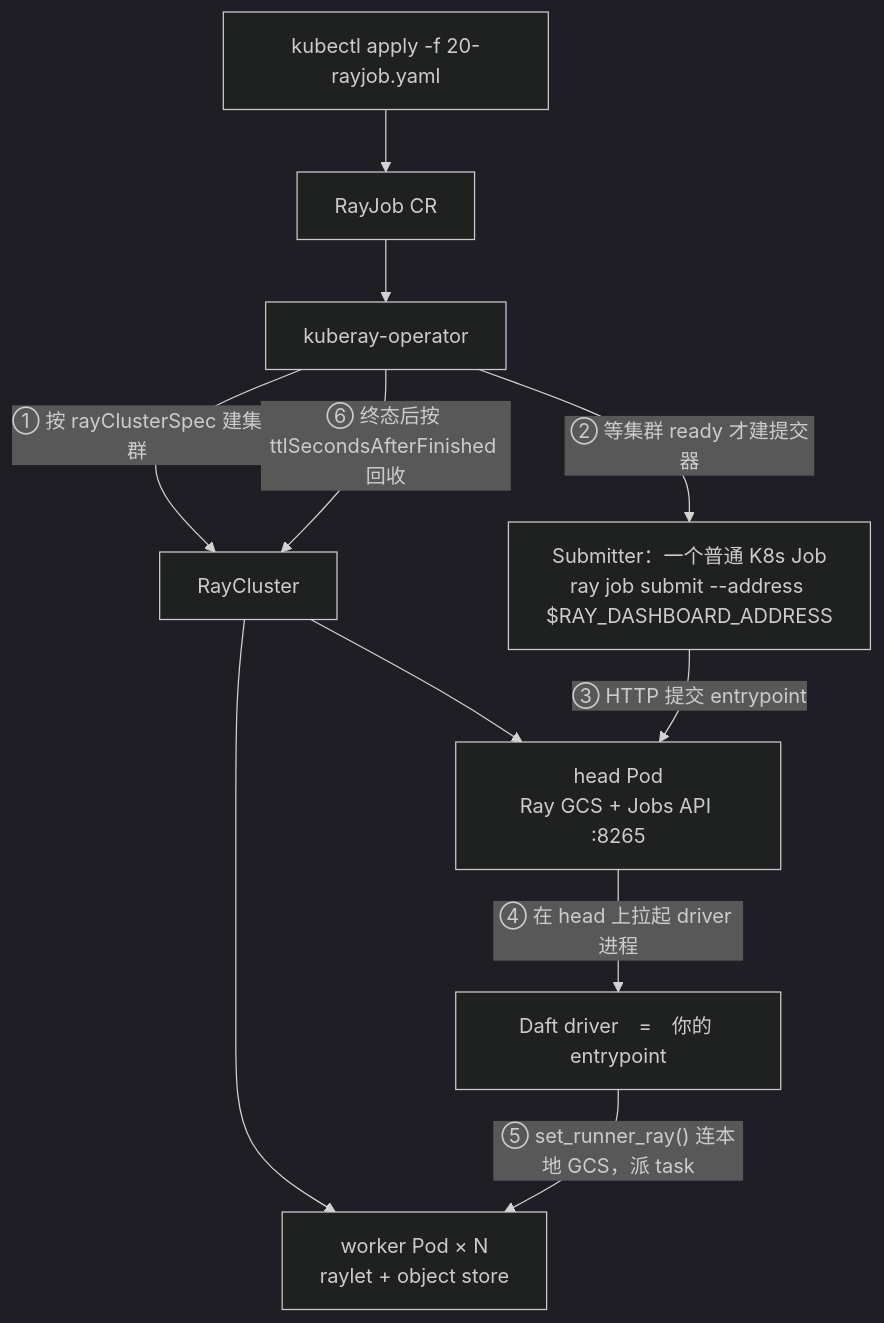
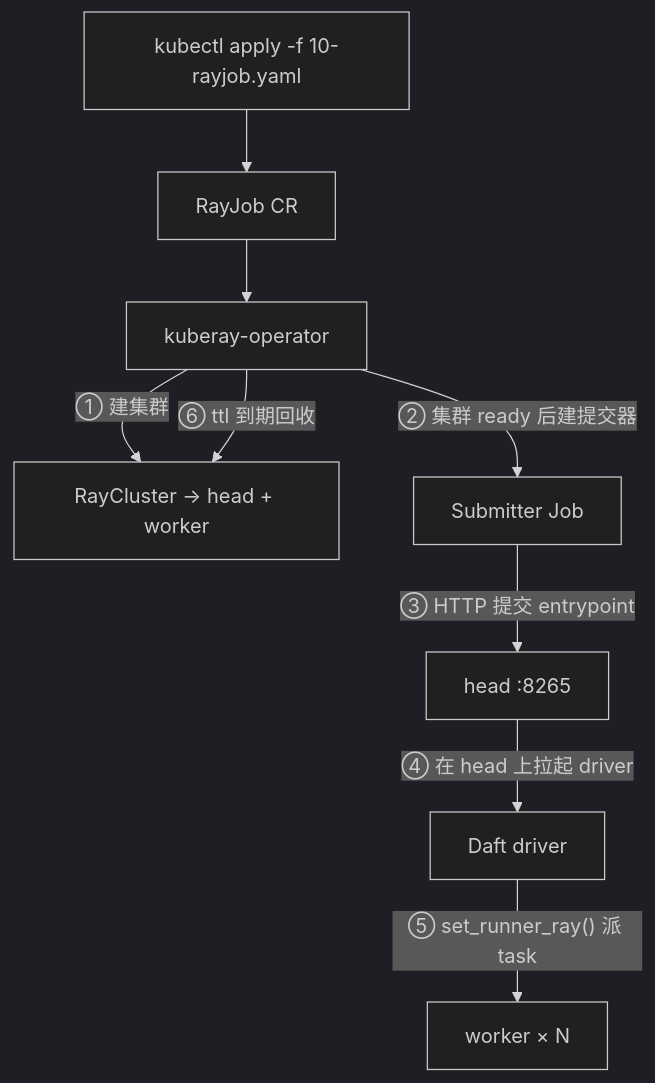
Before and after one commit to ChaosJu/daft-user-handbook: the diagram in docs/03-deploy-kuberay.md, drawn with Mermaid (dark theme). The commit also changed other lines of this file and 4 other files, not shown here.

First line of the commit message:
docs: refocus deploy chapter on quickstart RayJob walkthrough

````diff
--- a/docs/03-deploy-kuberay.md
+++ b/docs/03-deploy-kuberay.md
@@ -51,15 +30,11 @@
 ```mermaid
 flowchart TB
-    APPLY["kubectl apply -f 20-rayjob.yaml"] --> CR["RayJob CR"]
+    APPLY["kubectl apply -f 10-rayjob.yaml"] --> CR["RayJob CR"]
     CR --> OP["kuberay-operator"]
-
-    OP -->|"① 按 rayClusterSpec 建集群"| RC["RayCluster"]
-    RC --> HEAD["head Pod<br/>Ray GCS + Jobs API :8265"]
-    RC --> WK["worker Pod × N<br/>raylet + object store"]
-
-    OP -->|"② 等集群 ready 才建提交器"| SUB["Submitter：一个普通 K8s Job<br/>ray job submit --address $RAY_DASHBOARD_ADDRESS"]
-    SUB -->|"③ HTTP 提交 entrypoint"| HEAD
-    HEAD -->|"④ 在 head 上拉起 driver 进程"| DRV["Daft driver　=　你的 entrypoint"]
-    DRV -->|"⑤ set_runner_ray() 连本地 GCS，派 task"| WK
-    OP -->|"⑥ 终态后按 ttlSecondsAfterFinished 回收"| RC
+    OP -->|"① 建集群"| RC["RayCluster → head + worker"]
+    OP -->|"② 集群 ready 后建提交器"| SUB["Submitter Job"]
+    SUB -->|"③ HTTP 提交 entrypoint"| HEAD["head :8265"]
+    HEAD -->|"④ 在 head 上拉起 driver"| DRV["Daft driver"]
+    DRV -->|"⑤ set_runner_ray() 派 task"| WK["worker × N"]
+    OP -->|"⑥ ttl 到期回收"| RC
 ```
````
